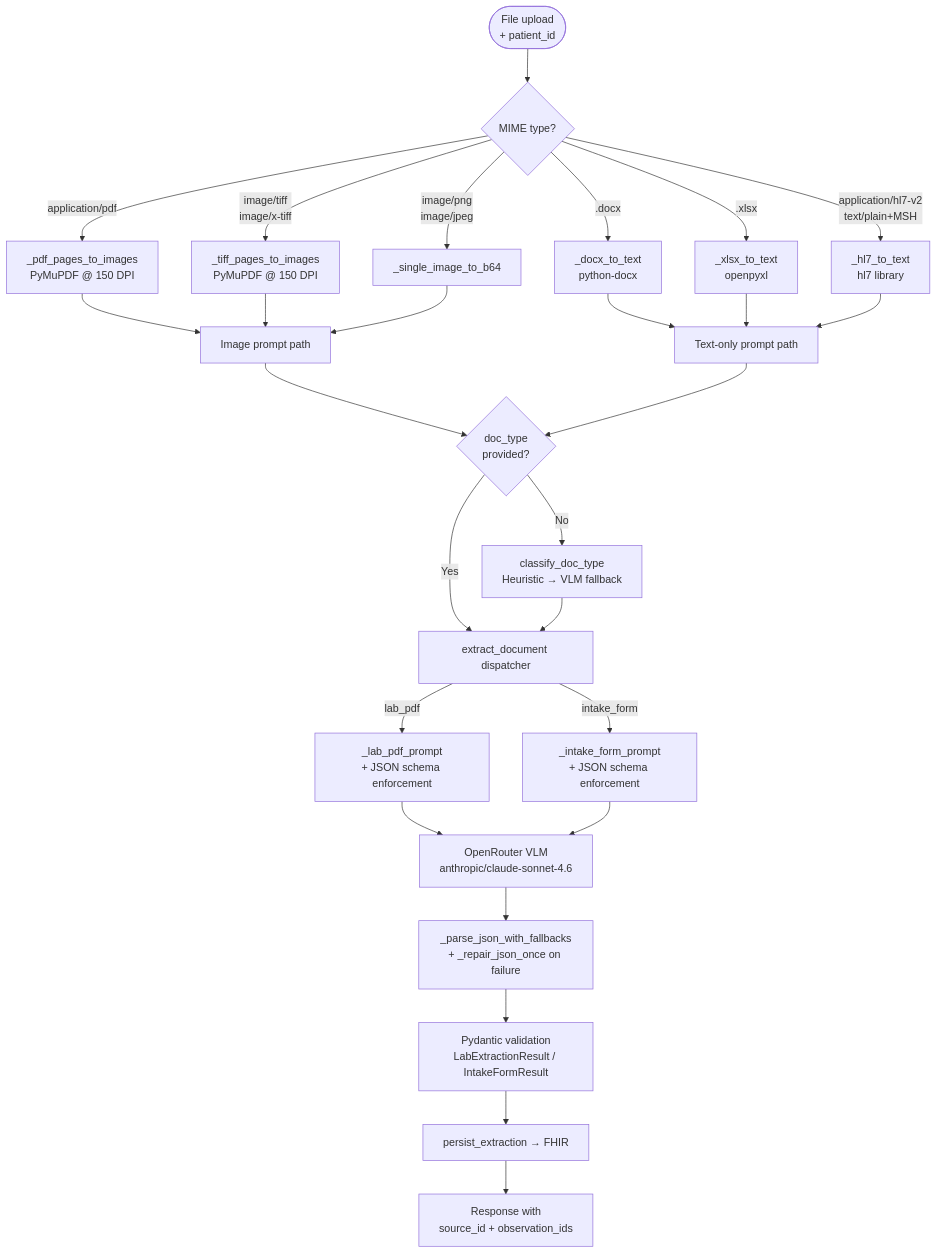
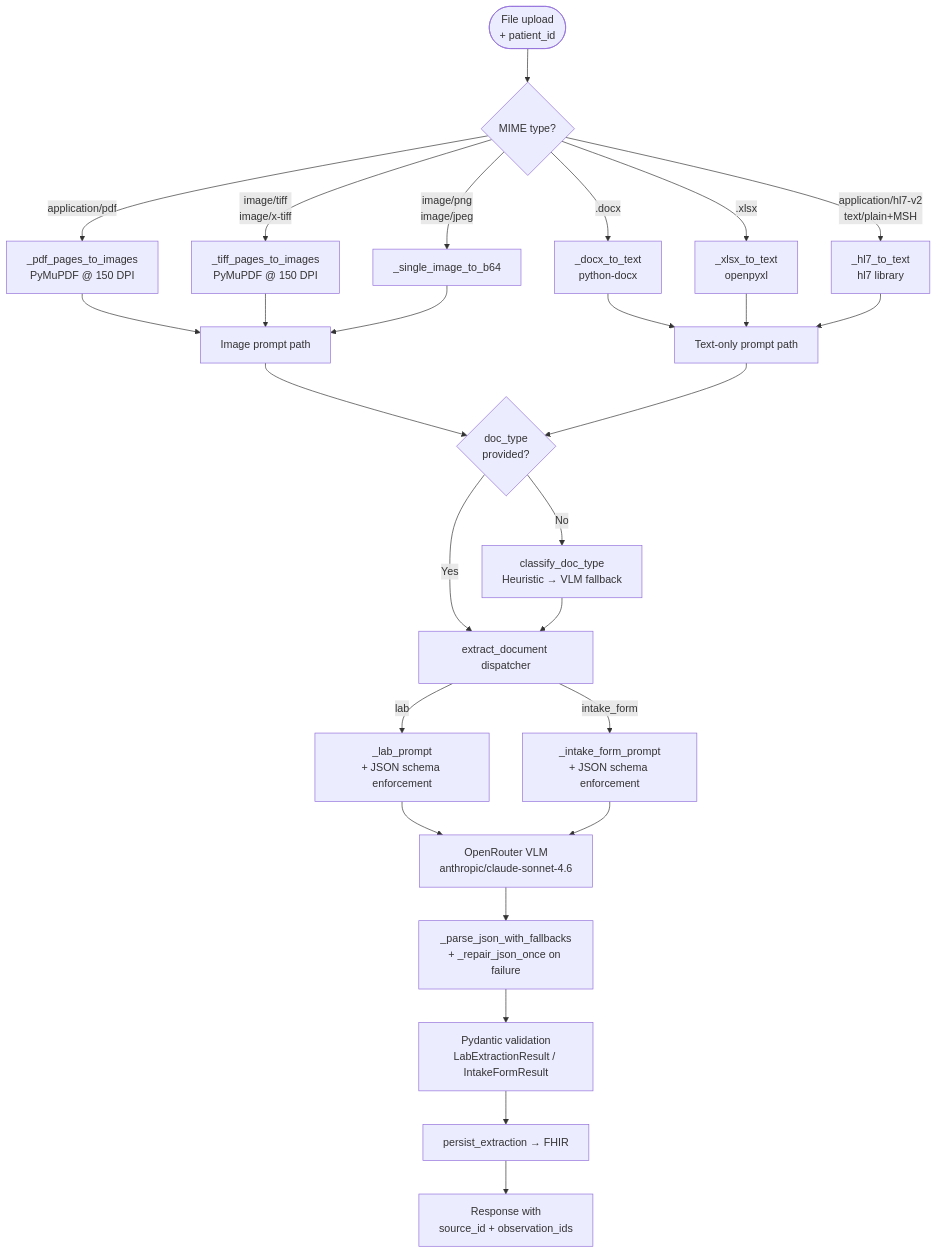
One commit to dhairyasurana007/openemr changed the first of 3 diagrams in W2_ARCHITECTURE.md. Above: the diagram before and after it, drawn with Mermaid. The commit also changed other lines of this file and 17 other files, not shown here.

Commit message:
Removed lab_pdf completely

````diff
--- a/W2_ARCHITECTURE.md
+++ b/W2_ARCHITECTURE.md
@@ -15,37 +15,37 @@
 ```mermaid
 flowchart TD
     Upload([File upload\n+ patient_id]) --> MIME{MIME type?}
 
     MIME -->|application/pdf| PDF[_pdf_pages_to_images\nPyMuPDF @ 150 DPI]
     MIME -->|image/tiff\nimage/x-tiff| TIFF[_tiff_pages_to_images\nPyMuPDF @ 150 DPI]
     MIME -->|image/png\nimage/jpeg| IMG[_single_image_to_b64]
     MIME -->|.docx| DOCX[_docx_to_text\npython-docx]
     MIME -->|.xlsx| XLSX[_xlsx_to_text\nopenpyxl]
     MIME -->|application/hl7-v2\ntext/plain+MSH| HL7[_hl7_to_text\nhl7 library]
 
     PDF --> ImagePath[Image prompt path]
     TIFF --> ImagePath
     IMG --> ImagePath
 
     DOCX --> TextPath[Text-only prompt path]
     XLSX --> TextPath
     HL7 --> TextPath
 
     ImagePath --> Classify{doc_type\nprovided?}
     TextPath --> Classify
 
     Classify -->|No| Classifier[classify_doc_type\nHeuristic → VLM fallback]
     Classify -->|Yes| Dispatch
 
     Classifier --> Dispatch[extract_document dispatcher]
-    Dispatch -->|lab_pdf| LabPrompt[_lab_pdf_prompt\n+ JSON schema enforcement]
+    Dispatch -->|lab| LabPrompt[_lab_prompt\n+ JSON schema enforcement]
     Dispatch -->|intake_form| IntakePrompt[_intake_form_prompt\n+ JSON schema enforcement]
 
     LabPrompt --> VLM[OpenRouter VLM\nanthropic/claude-sonnet-4.6]
     IntakePrompt --> VLM
 
     VLM --> ParseJSON[_parse_json_with_fallbacks\n+ _repair_json_once on failure]
     ParseJSON --> Validate[Pydantic validation\nLabExtractionResult / IntakeFormResult]
     Validate --> Persist[persist_extraction → FHIR]
     Persist --> Response[Response with\nsource_id + observation_ids]
 ```
````
